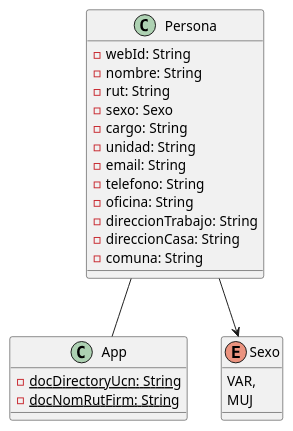
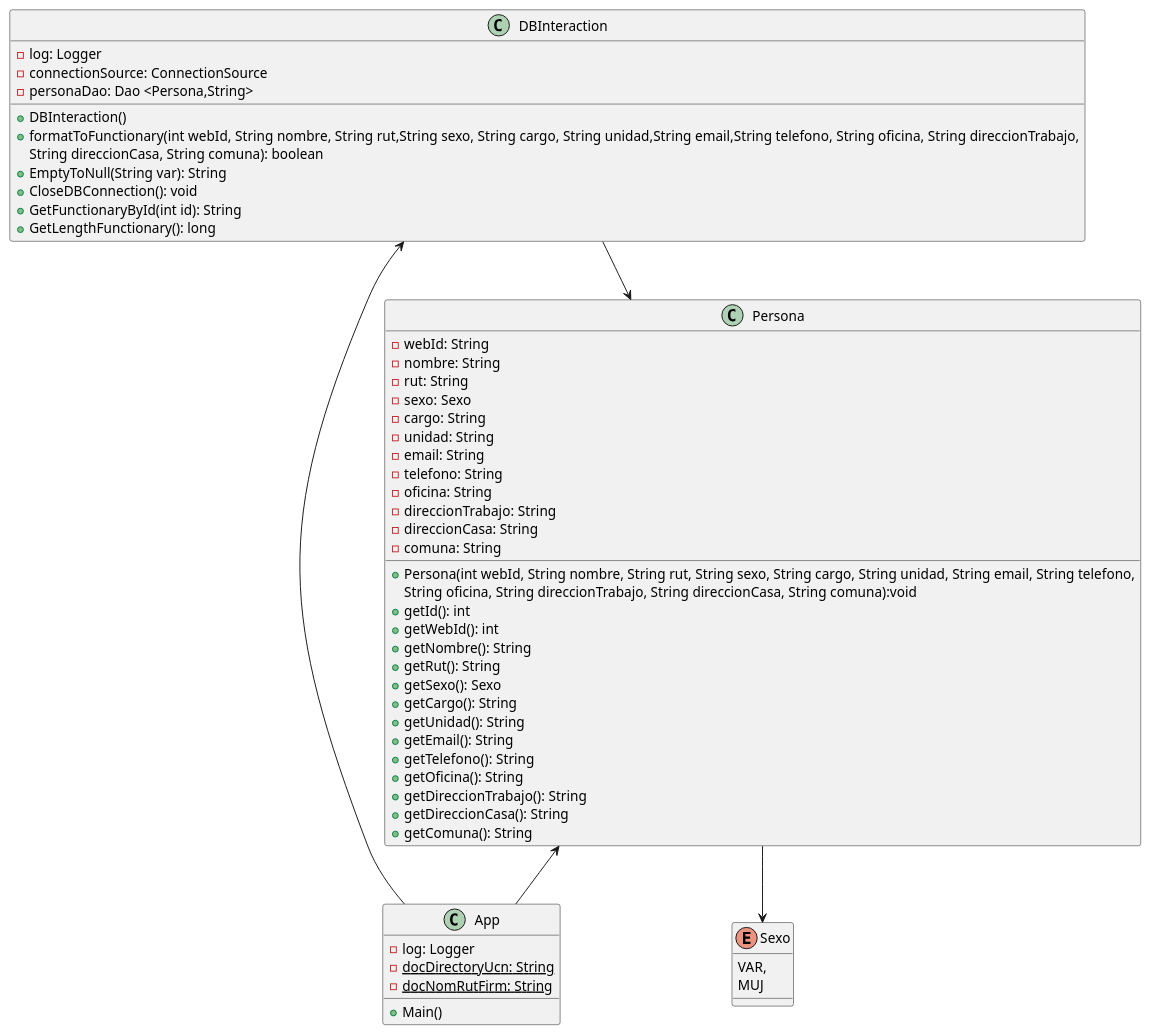
One commit to HyperCC/ParkingUCN changed the diagram in Scraper/README.md. Above: the diagram before and after it, drawn with PlantUML.

Commit message:
doc(README.md): change diagram class for scrapper

```diff
--- a/Scraper/README.md
+++ b/Scraper/README.md
@@ -26,27 +26,60 @@
 @startuml
 class App {
+    -log: Logger
     {static} - docDirectoryUcn: String
     {static} - docNomRutFirm: String
+    +Main()
+}
+
+class DBInteraction{
+    -log: Logger
+    -connectionSource: ConnectionSource
+    -personaDao: Dao <Persona,String>
+    
+    +DBInteraction()
+    +formatToFunctionary(int webId, String nombre, String rut,String sexo, String cargo, String unidad,String email,String telefono, String oficina, String direccionTrabajo,
+    String direccionCasa, String comuna): boolean
+    +EmptyToNull(String var): String
+    +CloseDBConnection(): void
+    +GetFunctionaryById(int id): String
+    +GetLengthFunctionary(): long
 }
 class Persona{
     -webId: String
     -nombre: String
     -rut: String
     -sexo: Sexo
     -cargo: String
     -unidad: String
     -email: String
     -telefono: String
     -oficina: String
     -direccionTrabajo: String
     -direccionCasa: String
     -comuna: String
+    +Persona(int webId, String nombre, String rut, String sexo, String cargo, String unidad, String email, String telefono, 
+    String oficina, String direccionTrabajo, String direccionCasa, String comuna):void
+    +getId(): int
+    +getWebId(): int
+    +getNombre(): String
+    +getRut(): String
+    +getSexo(): Sexo
+    +getCargo(): String
+    +getUnidad(): String
+    +getEmail(): String
+    +getTelefono(): String
+    +getOficina(): String
+    +getDireccionTrabajo(): String
+    +getDireccionCasa(): String
+    +getComuna(): String
 }
 enum Sexo{
     VAR,
     MUJ
 }
 
 Persona --> Sexo
-Persona -- App
+Persona <-- App
+DBInteraction <-- App
+DBInteraction --> Persona
 @enduml
```
